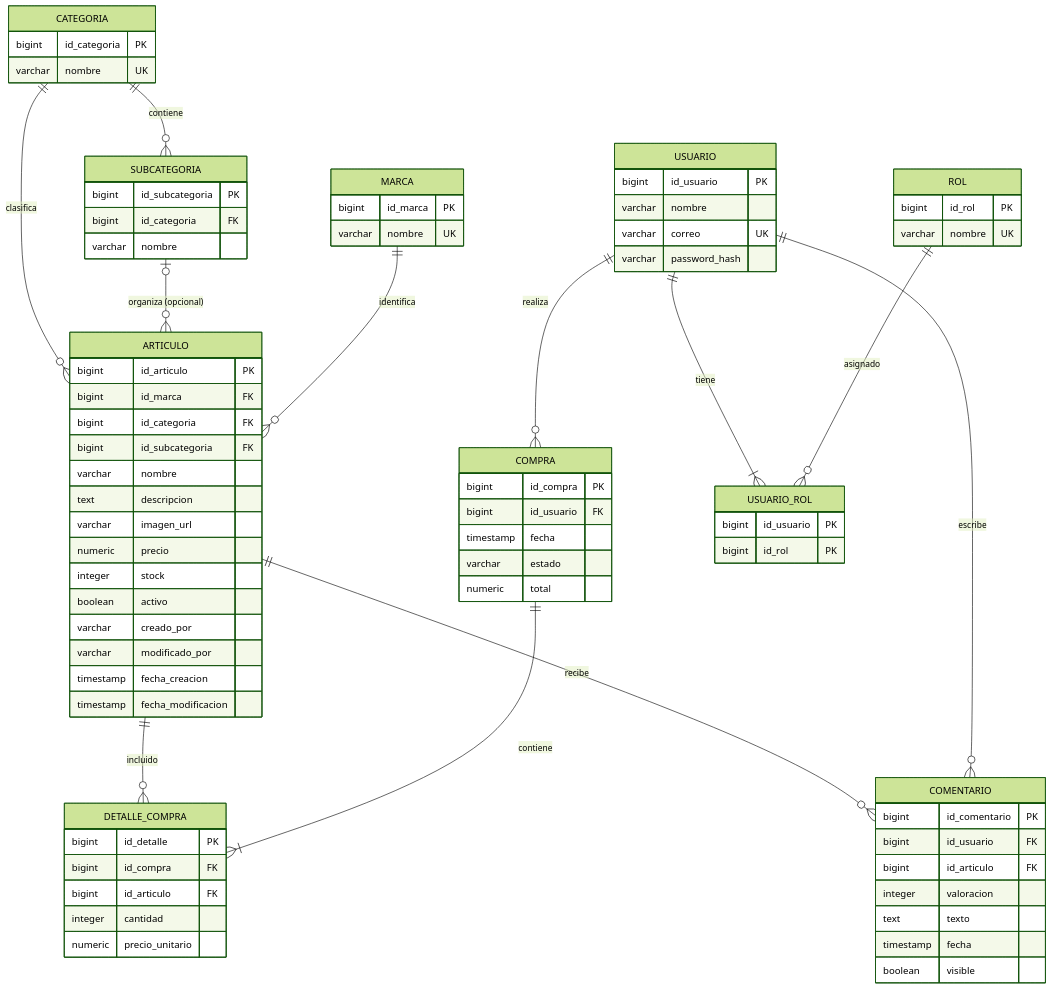
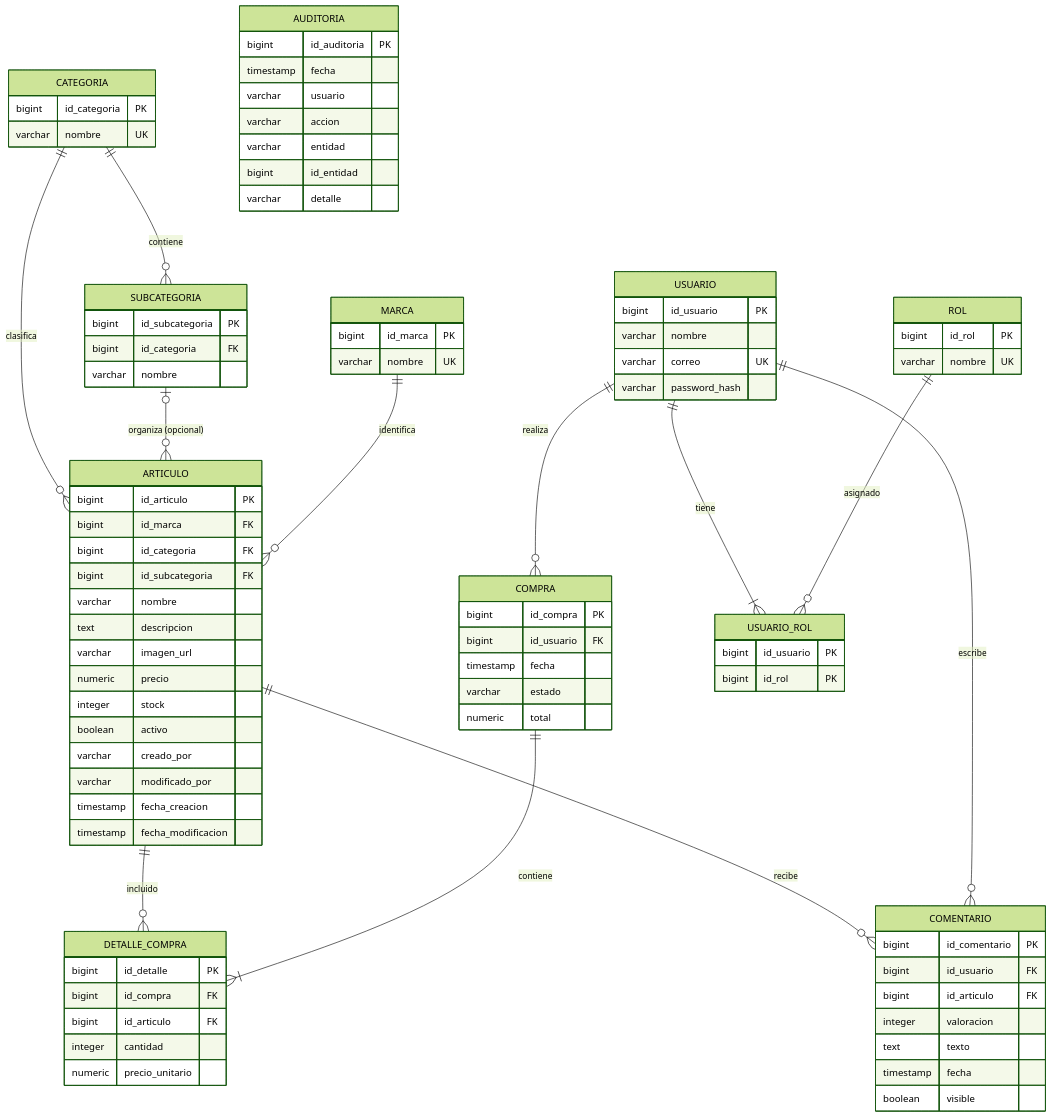
Before and after one commit to DavidRGR/tienda-informatica-spring: the diagram in README.md, drawn with Mermaid (forest theme). The commit also changed other lines of this file, not shown here.

Commit message:
Revise user roles and add audit information
Updated user roles and added audit table details in README.

````diff
--- a/README.md
+++ b/README.md
@@ -94,4 +97,13 @@
     timestamp fecha
     boolean visible
   }
+  AUDITORIA {
+    bigint id_auditoria PK
+    timestamp fecha
+    varchar usuario
+    varchar accion
+    varchar entidad
+    bigint id_entidad
+    varchar detalle
+  }
 ```
````
